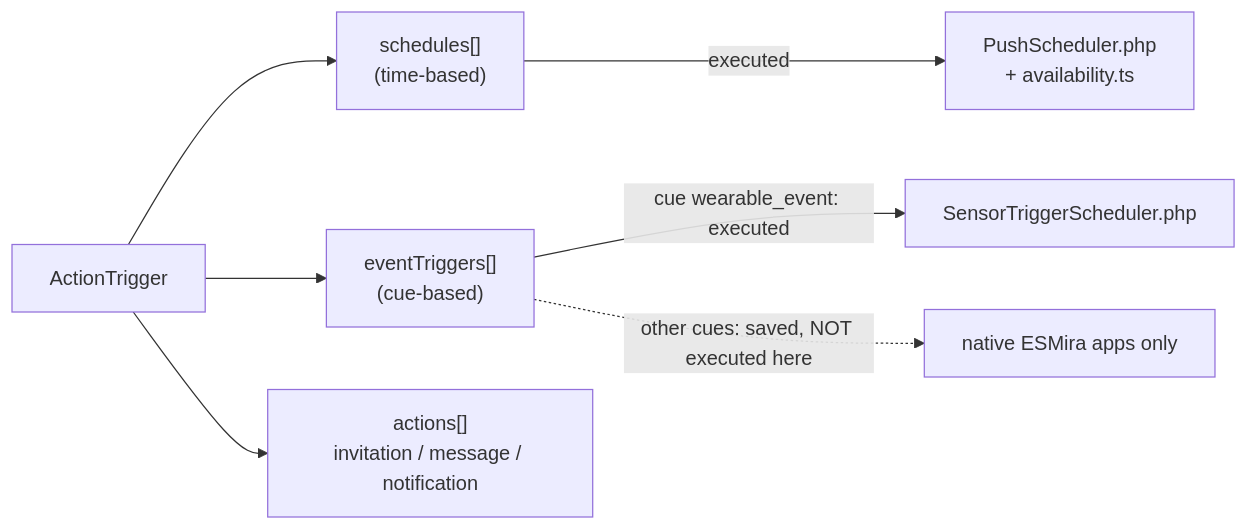
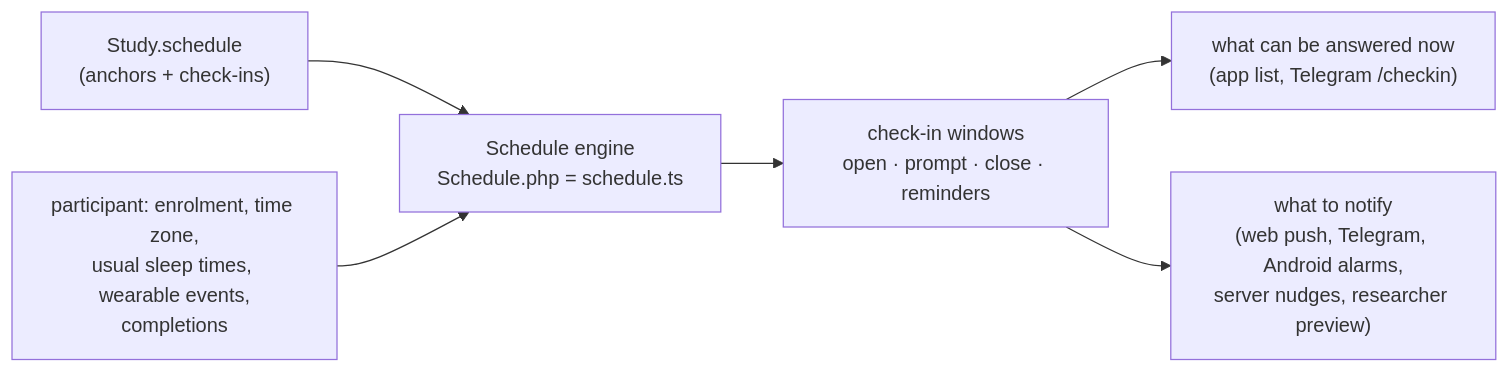
The diagram in website/docs/backend/scheduling.md (andreifoldes/iEMAbot), drawn with Mermaid before and after one commit. The commit also changed other lines of this file and 296 other files, not shown here.

````diff
--- a/website/docs/backend/scheduling.md
+++ b/website/docs/backend/scheduling.md
@@ -11,9 +14,8 @@
 ```mermaid
 flowchart LR
-  AT[ActionTrigger] --> SCH["schedules[]<br/>(time-based)"]
-  AT --> EV["eventTriggers[]<br/>(cue-based)"]
-  AT --> ACT["actions[]<br/>invitation / message / notification"]
-  SCH -->|executed| PS["PushScheduler.php<br/>+ availability.ts"]
-  EV -->|"cue wearable_event: executed"| SS["SensorTriggerScheduler.php"]
-  EV -.->|"other cues: saved, NOT executed here"| X["native ESMira apps only"]
+  CFG["Study.schedule<br/>(anchors + check-ins)"] --> ENG["Schedule engine<br/>Schedule.php = schedule.ts"]
+  IN["participant: enrolment, time zone,<br/>usual sleep times, wearable events,<br/>completions"] --> ENG
+  ENG --> W["check-in windows<br/>open · prompt · close · reminders"]
+  W --> AV["what can be answered now<br/>(app list, Telegram /checkin)"]
+  W --> N["what to notify<br/>(web push, Telegram, Android alarms,<br/>server nudges, researcher preview)"]
 ```
````
